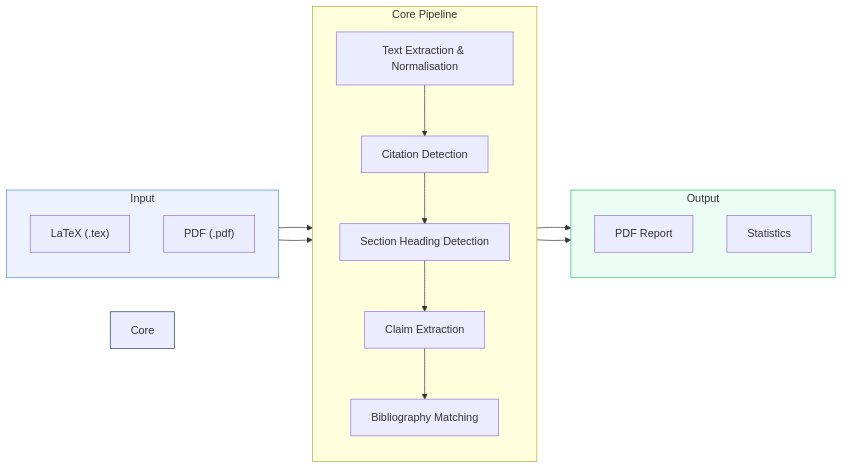
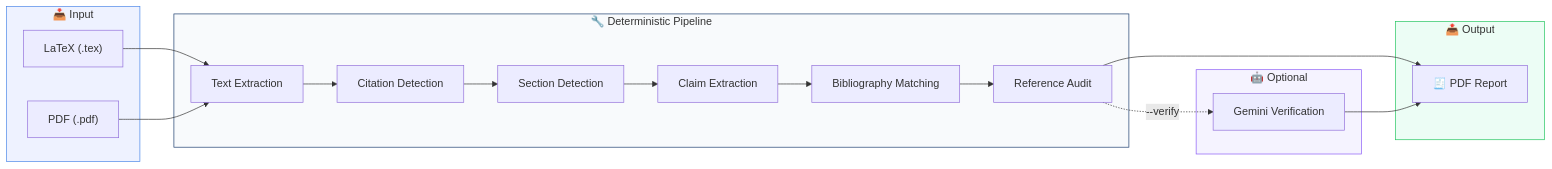
Before and after one commit to LunarLumos/ClaimRef: the first of 2 diagrams in README.md, drawn with Mermaid. The commit also changed other lines of this file, not shown here.

````diff
--- a/README.md
+++ b/README.md
@@ -154,32 +353,29 @@
 ```mermaid
 flowchart LR
-    subgraph Input
-        direction TB
-        L["LaTeX (.tex)"]
-        P["PDF (.pdf)"]
+    subgraph IN["📥 Input"]
+        P1["LaTeX (.tex)"]
+        P2["PDF (.pdf)"]
     end
-
-    subgraph Core Pipeline
-        direction TB
-        T["Text Extraction & Normalisation"]
+    subgraph CORE["🔧 Deterministic Pipeline"]
+        T["Text Extraction"]
         C["Citation Detection"]
-        S["Section Heading Detection"]
-        E["Claim Extraction"]
+        S["Section Detection"]
+        CL["Claim Extraction"]
         B["Bibliography Matching"]
+        A["Reference Audit"]
     end
-
-    subgraph Output
-        direction TB
-        R["PDF Report"]
-        ST["Statistics"]
+    subgraph AI["🤖 Optional"]
+        V["Gemini Verification"]
     end
-
-    L --> T
-    P --> T
-    T --> C --> S --> E --> B --> R
-    B --> ST
-
-    style Input fill:#eef2ff,stroke:#4a86e8
-    style Core Pipeline fill:#f8fafc,stroke:#1a3c6e
-    style Output fill:#ecfdf5,stroke:#22c55e
+    subgraph OUT["📤 Output"]
+        R["🧾 PDF Report"]
+    end
+    P1 --> T
+    P2 --> T
+    T --> C --> S --> CL --> B --> A --> R
+    A -. --verify .-> V --> R
+    style IN fill:#eef2ff,stroke:#4a86e8
+    style CORE fill:#f8fafc,stroke:#1a3c6e
+    style AI fill:#f5f3ff,stroke:#8b5cf6
+    style OUT fill:#ecfdf5,stroke:#22c55e
 ```
````
